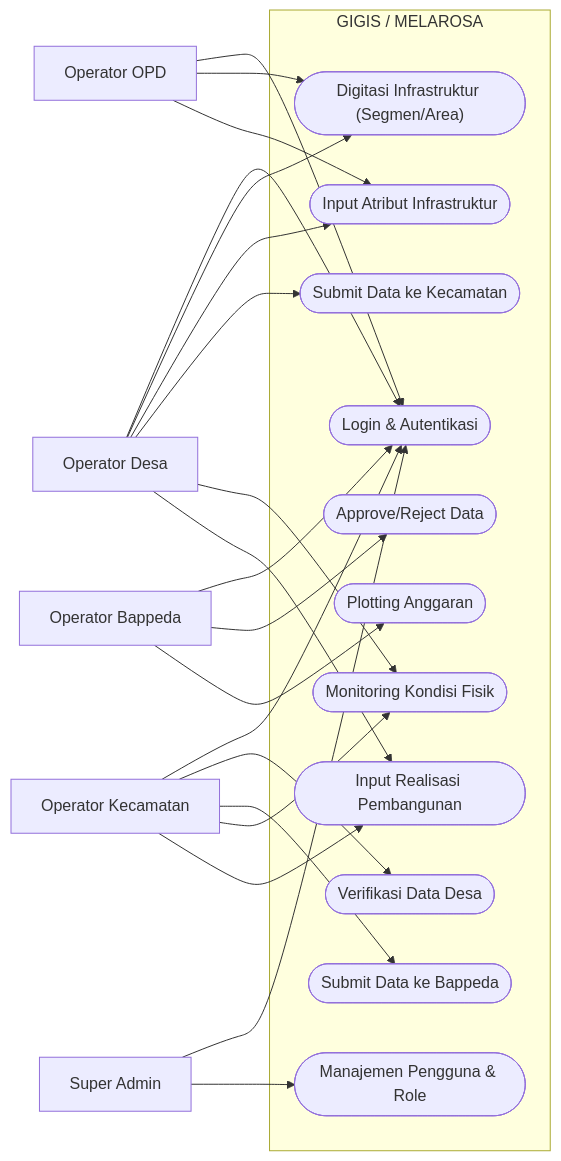
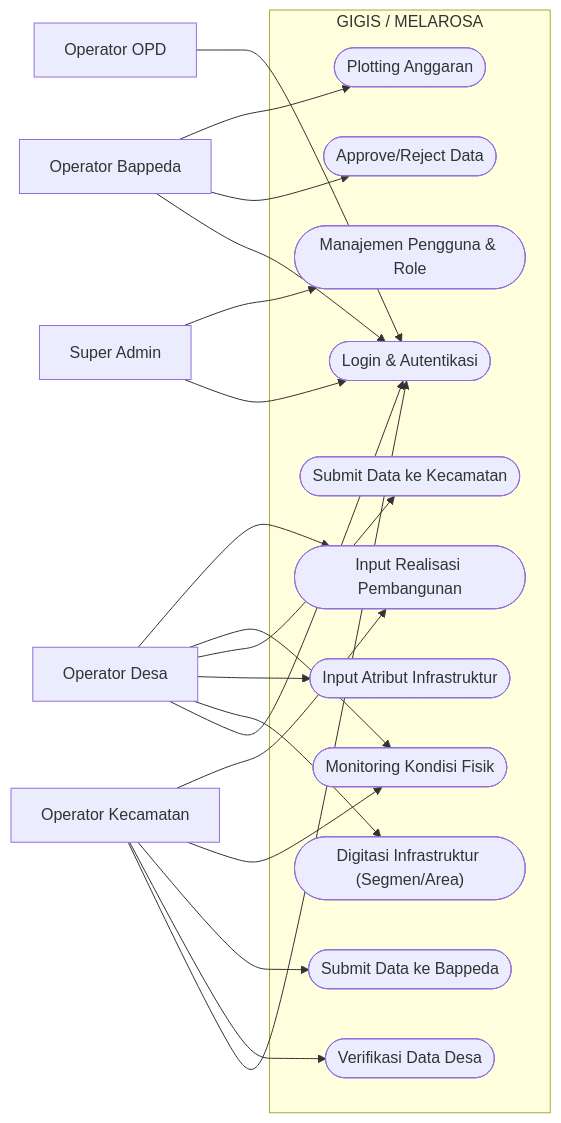
One commit to rozakrmdhn/gigis-arsitektur changed the diagram in 03-use-cases/README.md. Above: the diagram before and after it, drawn with Mermaid. The commit also changed 1 other file, not shown here.

Commit message:
docs: penajaman peran Operator OPD menjadi read-only

````diff
--- a/03-use-cases/README.md
+++ b/03-use-cases/README.md
@@ -7,53 +7,50 @@
 ```mermaid
 flowchart LR
     %% Actors
     OD["Operator Desa"]
     OK["Operator Kecamatan"]
     OB["Operator Bappeda"]
     OP["Operator OPD"]
     SA["Super Admin"]
 
     subgraph "GIGIS / MELAROSA"
         UC1(["Login & Autentikasi"])
         
         UC2(["Digitasi Infrastruktur (Segmen/Area)"])
         UC3(["Input Atribut Infrastruktur"])
         UC4(["Submit Data ke Kecamatan"])
         
         UC5(["Verifikasi Data Desa"])
         UC6(["Submit Data ke Bappeda"])
         
         UC7(["Approve/Reject Data"])
         UC8(["Plotting Anggaran"])
         
         UC9(["Monitoring Kondisi Fisik"])
         UC10(["Input Realisasi Pembangunan"])
         
         UC11(["Manajemen Pengguna & Role"])
     end
 
     OD --> UC1
     OK --> UC1
     OB --> UC1
     OP --> UC1
     SA --> UC1
 
     OD --> UC2
     OD --> UC3
     OD --> UC4
     OD --> UC9
     OD --> UC10
 
     OK --> UC5
     OK --> UC6
     OK --> UC9
     OK --> UC10
 
     OB --> UC7
     OB --> UC8
 
-    OP --> UC2
-    OP --> UC3
-
     SA --> UC11
 ```
````
